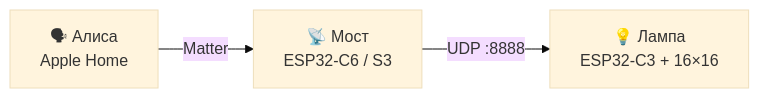
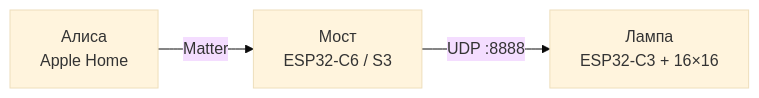
Before and after one commit to 4nzor/gyverlamp-matter: the diagram in README.md, drawn with Mermaid (base theme). The commit also changed other lines of this file and 16 other files, not shown here.

````diff
--- a/README.md
+++ b/README.md
@@ -31,5 +31,5 @@
 ```mermaid
 flowchart LR
-    A["🗣 Алиса<br/>Apple Home"] -- Matter --> B["📡 Мост<br/>ESP32-C6 / S3"]
-    B -- "UDP :8888" --> C["💡 Лампа<br/>ESP32-C3 + 16×16"]
+    A["Алиса<br/>Apple Home"] -- Matter --> B["Мост<br/>ESP32-C6 / S3"]
+    B -- "UDP :8888" --> C["Лампа<br/>ESP32-C3 + 16×16"]
 ```
````
